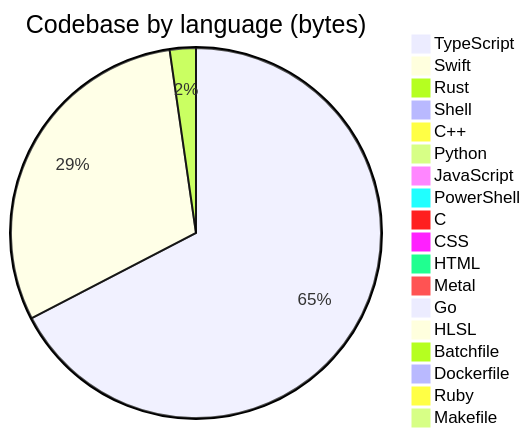
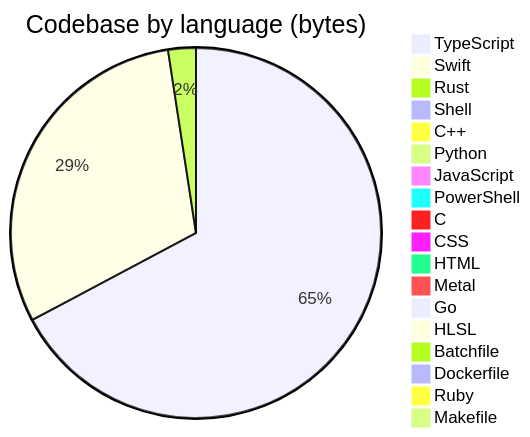
The diagram in profile/README.md (Open330/.github), drawn with Mermaid before and after one commit. The commit also changed other lines of this file, not shown here.

````diff
--- a/profile/README.md
+++ b/profile/README.md
@@ -127,21 +127,21 @@
 ```mermaid
 pie title Codebase by language (bytes)
     "TypeScript" : 34121315
-    "Swift" : 15360568
-    "Rust" : 1153395
-    "Shell" : 470459
+    "Swift" : 15402307
+    "Rust" : 1228306
+    "Shell" : 470041
     "C++" : 388775
     "Python" : 297604
     "JavaScript" : 239569
     "PowerShell" : 128198
     "C" : 114143
     "CSS" : 84252
     "HTML" : 34564
     "Metal" : 33033
     "Go" : 22811
     "HLSL" : 7527
     "Batchfile" : 5870
     "Dockerfile" : 4893
     "Ruby" : 1554
     "Makefile" : 1150
 ```
````
